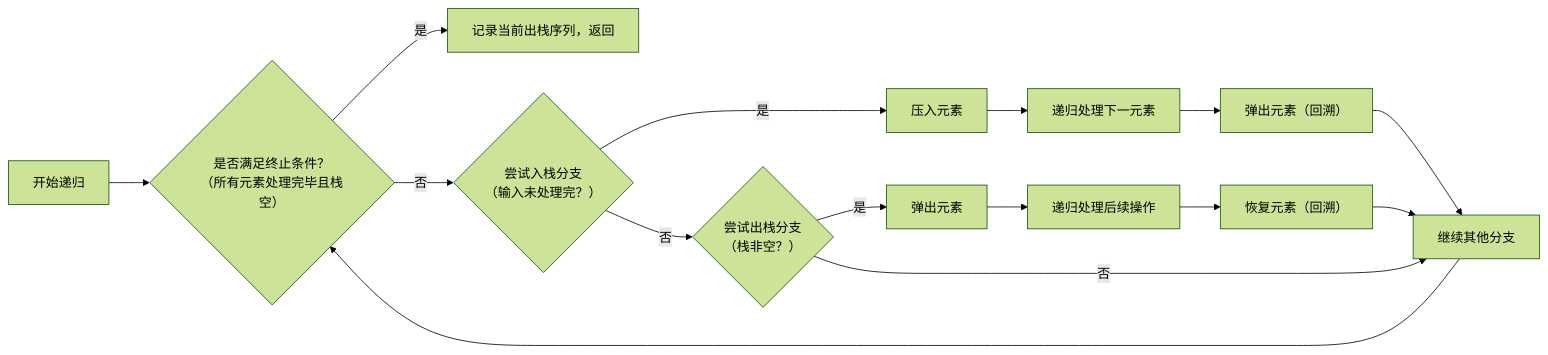
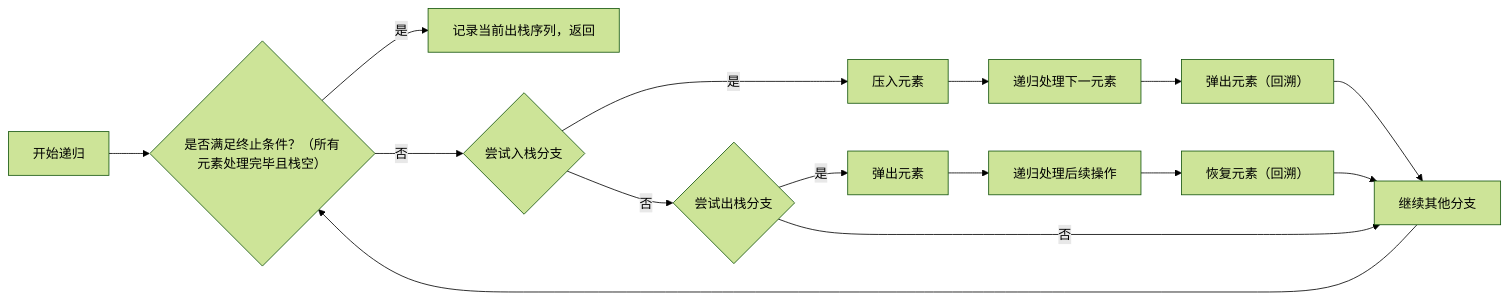
Before and after one commit to study-233/USTB-Course: the diagram in 大二/Data and Algorithms/LinearList_Stack/实验报告/1. 栈的应用.md, drawn with Mermaid (forest theme). The commit also changed other lines of this file and 38 other files, not shown here.

````diff
--- a/大二/Data and Algorithms/LinearList_Stack/实验报告/1. 栈的应用.md
+++ b/大二/Data and Algorithms/LinearList_Stack/实验报告/1. 栈的应用.md
@@ -30,11 +34,11 @@
 ```mermaid
 graph LR
-    A[开始递归] --> B{是否满足终止条件？\n（所有元素处理完毕且栈空）}
+    A[开始递归] --> B{是否满足终止条件？（所有元素处理完毕且栈空）}
     B -- 是 --> C[记录当前出栈序列，返回]
-    B -- 否 --> D{尝试入栈分支\n（输入未处理完？）}
+    B -- 否 --> D{尝试入栈分支}
     D -- 是 --> E[压入元素] --> F[递归处理下一元素] --> G[弹出元素（回溯）] --> H[继续其他分支]
-    D -- 否 --> I{尝试出栈分支\n（栈非空？）}
+    D -- 否 --> I{尝试出栈分支}
     I -- 是 --> J[弹出元素] --> K[递归处理后续操作] --> L[恢复元素（回溯）] --> H
     I -- 否 --> H
     H --> B
 ```
````
